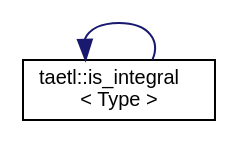
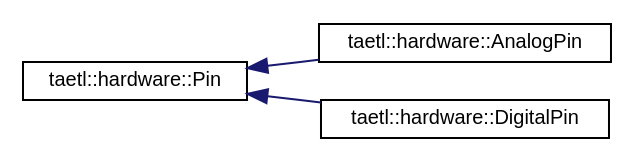
One commit to tobanteAudio/taetl changed the diagram in inherit_graph_5.dot. Above: the diagram before and after it, drawn with Graphviz. The commit also changed 79 other files, not shown here.

```diff
--- a/inherit_graph_5.dot
+++ b/inherit_graph_5.dot
@@ -1,9 +1,11 @@
 digraph "Graphical Class Hierarchy"
 {
   edge [fontname="Helvetica",fontsize="10",labelfontname="Helvetica",labelfontsize="10"];
   node [fontname="Helvetica",fontsize="10",shape=record];
   rankdir="LR";
-  Node0 [label="type",height=0.2,width=0.4,color="grey75", fillcolor="white", style="filled"];
-  Node0 -> Node0 [dir="back",color="midnightblue",fontsize="10",style="solid",fontname="Helvetica"];
-  Node0 [label="taetl::is_integral\l\< Type \>",height=0.2,width=0.4,color="black", fillcolor="white", style="filled",URL="$structtaetl_1_1is__integral.html"];
+  Node0 [label="taetl::hardware::Pin",height=0.2,width=0.4,color="black", fillcolor="white", style="filled",URL="$classtaetl_1_1hardware_1_1Pin.html",tooltip="Represents a physical pin on a micro controller. "];
+  Node0 -> Node1 [dir="back",color="midnightblue",fontsize="10",style="solid",fontname="Helvetica"];
+  Node1 [label="taetl::hardware::AnalogPin",height=0.2,width=0.4,color="black", fillcolor="white", style="filled",URL="$classtaetl_1_1hardware_1_1AnalogPin.html",tooltip="Represents an analog physical pin on a micro controller. "];
+  Node0 -> Node2 [dir="back",color="midnightblue",fontsize="10",style="solid",fontname="Helvetica"];
+  Node2 [label="taetl::hardware::DigitalPin",height=0.2,width=0.4,color="black", fillcolor="white", style="filled",URL="$classtaetl_1_1hardware_1_1DigitalPin.html",tooltip="Represents a digital physical pin on a micro controller. "];
 }
```
